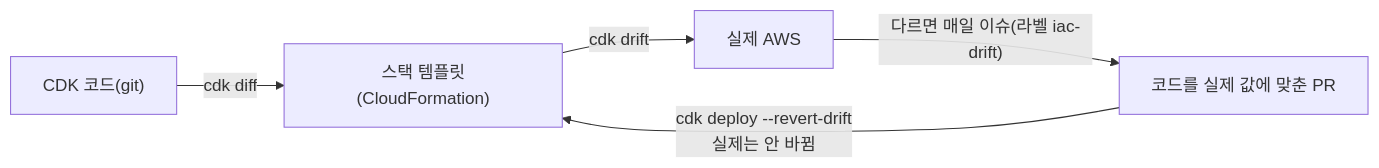
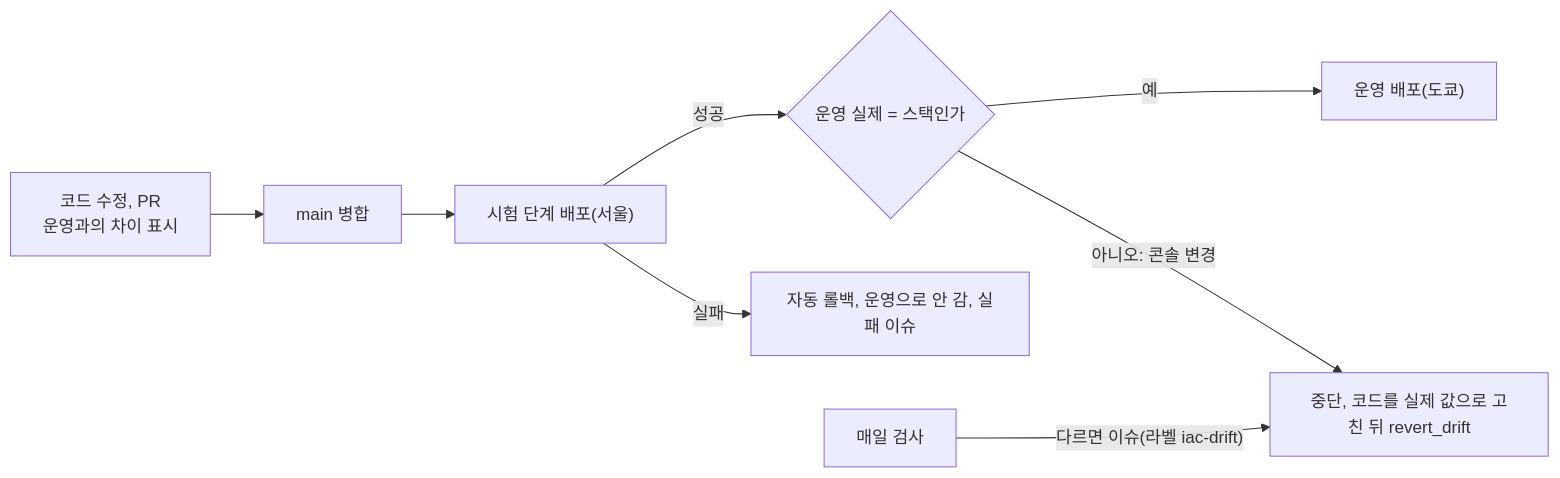
The first of 3 diagrams in docs/DEPLOY.md (BAECHAN/link-sphere_FE_NEW), drawn with Mermaid before and after one commit. The commit also changed other lines of this file and 6 other files, not shown here.

````diff
--- a/docs/DEPLOY.md
+++ b/docs/DEPLOY.md
@@ -391,7 +389,10 @@
 ```mermaid
 flowchart LR
-  A["CDK 코드(git)"] -->|cdk diff| B["스택 템플릿(CloudFormation)"]
-  B -->|cdk drift| C["실제 AWS"]
-  C -->|"다르면 매일 이슈(라벨 iac-drift)"| D["코드를 실제 값에 맞춘 PR"]
-  D -->|"cdk deploy --revert-drift<br/>실제는 안 바뀜"| B
+  A["코드 수정, PR<br/>운영과의 차이 표시"] --> B["main 병합"]
+  B --> C["시험 단계 배포(서울)"]
+  C -->|"성공"| D{"운영 실제 = 스택인가"}
+  D -->|"예"| E["운영 배포(도쿄)"]
+  D -->|"아니오: 콘솔 변경"| F["중단, 코드를 실제 값으로 고친 뒤 revert_drift"]
+  C -->|"실패"| G["자동 롤백, 운영으로 안 감, 실패 이슈"]
+  H["매일 검사"] -->|"다르면 이슈(라벨 iac-drift)"| F
 ```
````
